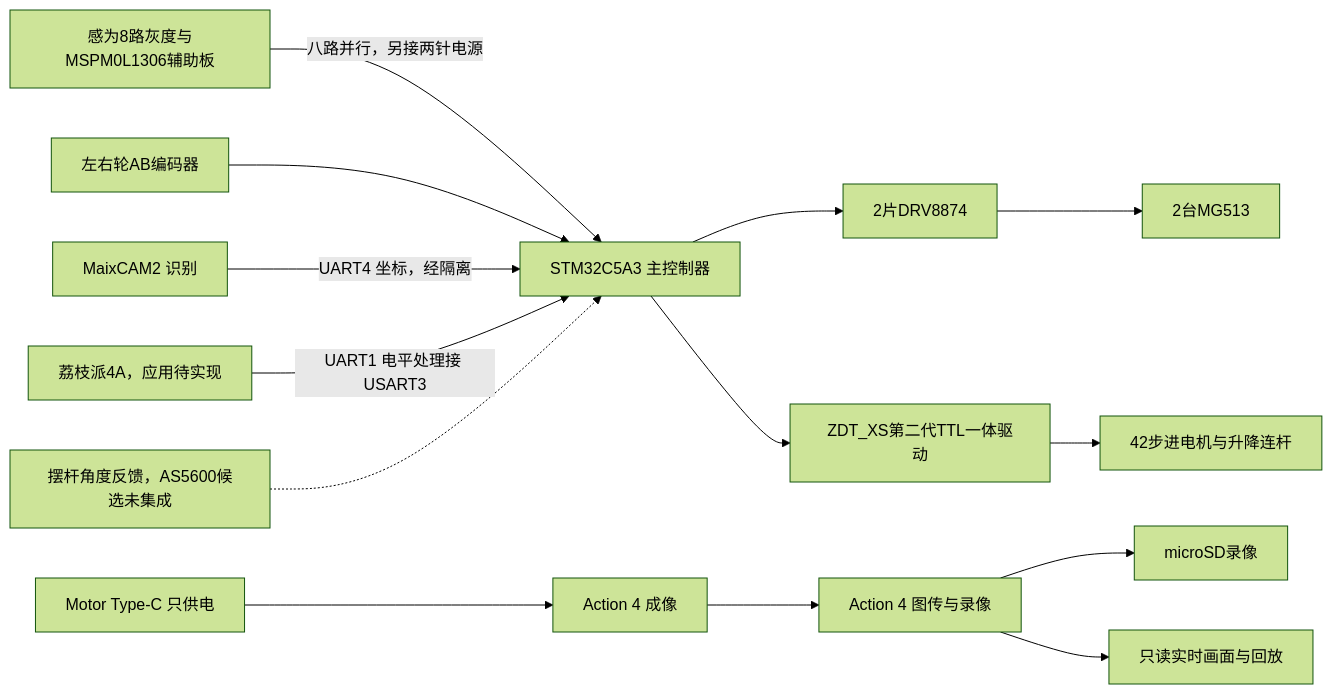
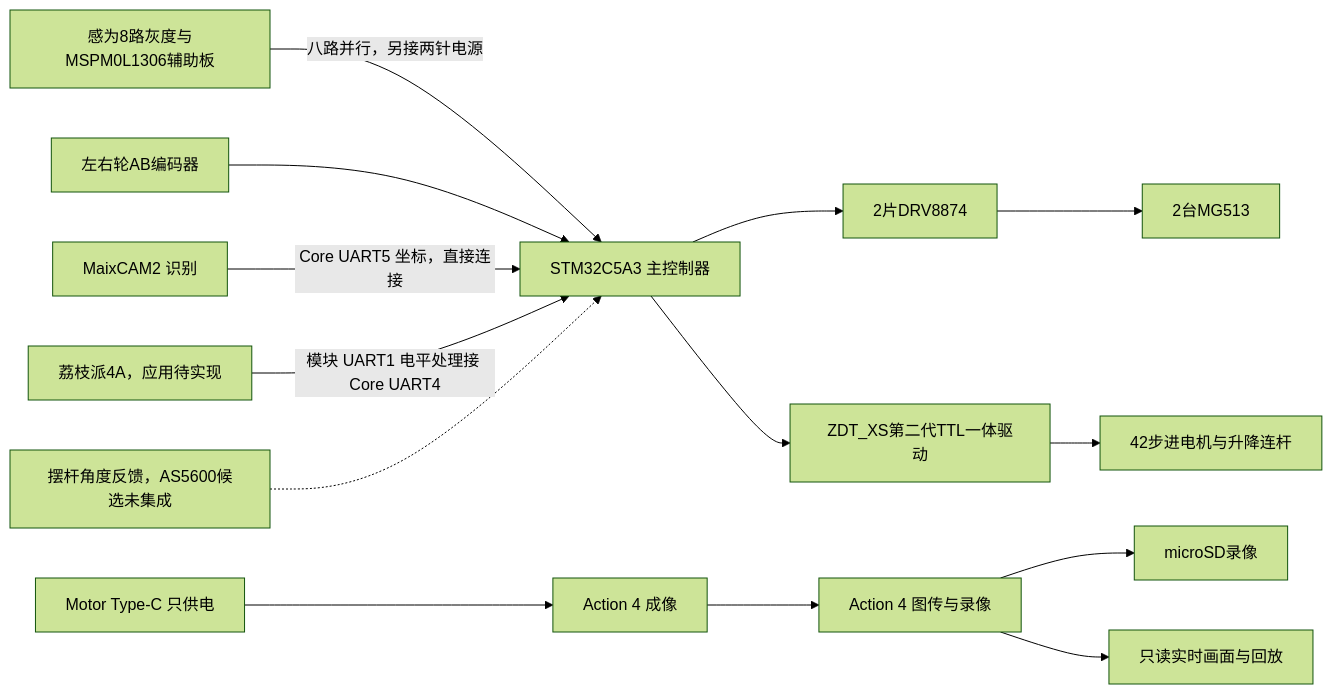
Before and after one commit to SmallCoral/c5-car: the diagram in Documentation/explanation/a-system-outline.md, drawn with Mermaid (forest theme). The commit also changed other lines of this file and 69 other files, not shown here.

````diff
--- a/Documentation/explanation/a-system-outline.md
+++ b/Documentation/explanation/a-system-outline.md
@@ -30,16 +32,16 @@
 ```mermaid
 flowchart LR
     Track[感为8路灰度与MSPM0L1306辅助板] -->|八路并行，另接两针电源| STM[STM32C5A3 主控制器]
     Wheels[左右轮AB编码器] --> STM
-    Beam[MaixCAM2 识别] -->|UART4 坐标，经隔离| STM
-    LP[荔枝派4A，应用待实现] -->|UART1 电平处理接 USART3| STM
+    Beam[MaixCAM2 识别] -->|Core UART5 坐标，直接连接| STM
+    LP[荔枝派4A，应用待实现] -->|模块 UART1 电平处理接 Core UART4| STM
     Angle[摆杆角度反馈，AS5600候选未集成] -.-> STM
     STM --> Drive[2片DRV8874]
     Drive --> Motors[2台MG513]
     STM --> Step[ZDT_XS第二代TTL一体驱动]
     Step --> Actuator[42步进电机与升降连杆]
     Camera[Action 4 成像] --> S3[Action 4 图传与录像]
     S3 --> SD[microSD录像]
     S3 --> View[只读实时画面与回放]
     Power[Motor Type-C 只供电] --> Camera
 ```
````
